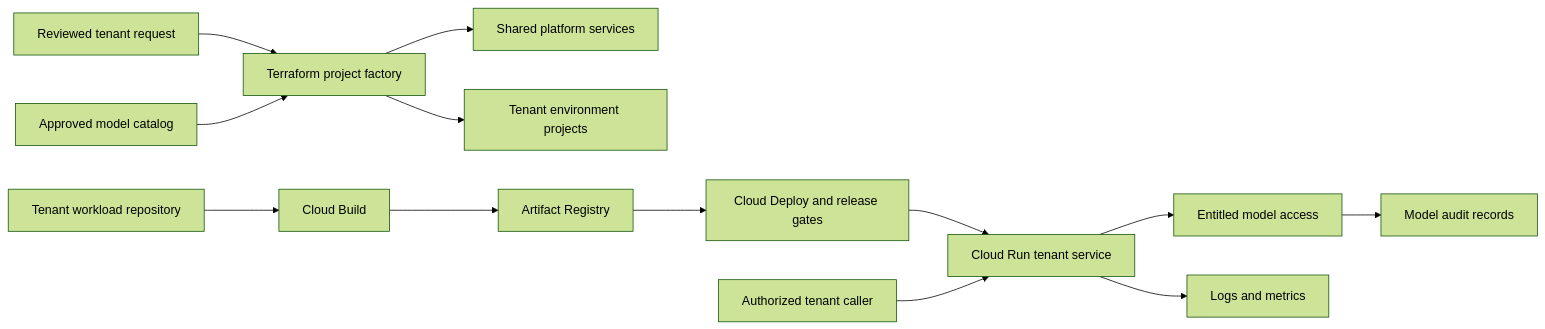
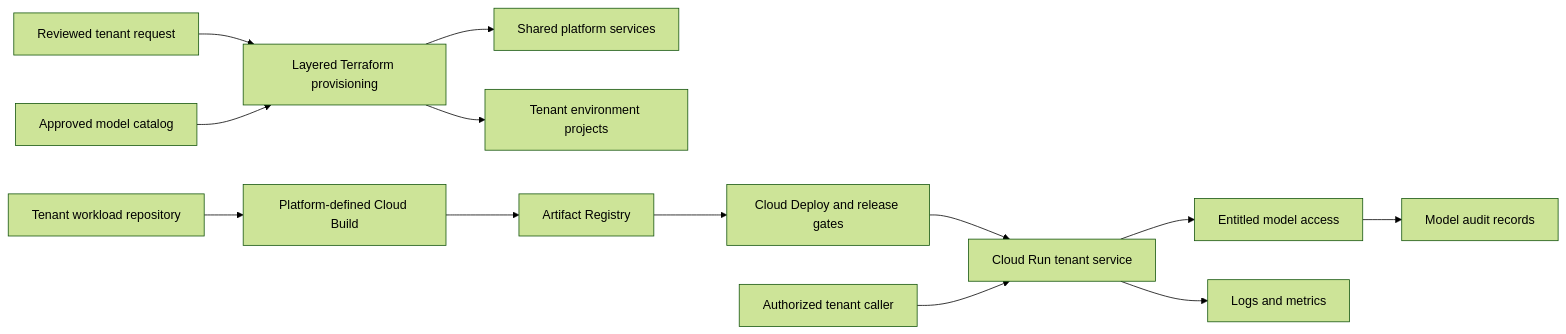
One commit to Josephdara/tenantloom-ai changed the first of 8 diagrams in architecture.md. Above: the diagram before and after it, drawn with Mermaid (forest theme). The commit also changed other lines of this file and 13 other files, not shown here.

Commit message:
docs: settle architecture decisions and add ADRs 001-012

````diff
--- a/architecture.md
+++ b/architecture.md
@@ -56,15 +57,15 @@
 ```mermaid
 flowchart LR
-    Request[Reviewed tenant request] --> Factory[Terraform project factory]
+    Request[Reviewed tenant request] --> Factory[Layered Terraform provisioning]
     Catalog[Approved model catalog] --> Factory
     Factory --> Shared[Shared platform services]
     Factory --> Envs[Tenant environment projects]
-    Source[Tenant workload repository] --> Build[Cloud Build]
+    Source[Tenant workload repository] --> Build[Platform-defined Cloud Build]
     Build --> Registry[Artifact Registry]
     Registry --> Deploy[Cloud Deploy and release gates]
     Deploy --> Runtime[Cloud Run tenant service]
     Caller[Authorized tenant caller] --> Runtime
     Runtime --> Models[Entitled model access]
     Runtime --> Telemetry[Logs and metrics]
     Models --> Audit[Model audit records]
 ```
````
